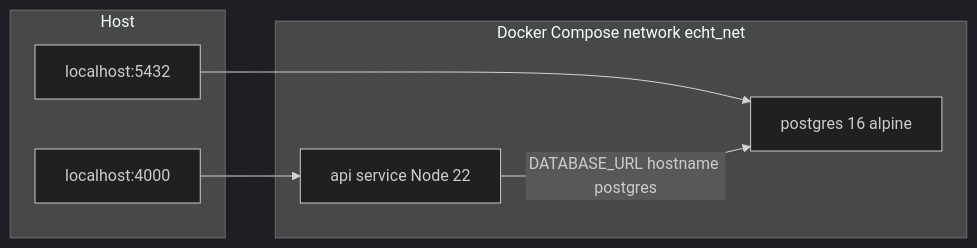
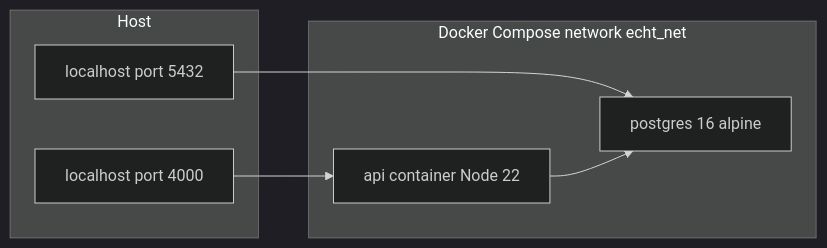
The second of 9 diagrams in README.md (Amamer3/HRMS-backend), drawn with Mermaid (dark theme) before and after one commit. The commit also changed other lines of this file, not shown here.

Commit message:
Refactor README.md for clarity and consistency. Updated flowcharts to use concise labels, improved descriptions of components, and clarified the Docker setup. Enhanced the authentication flow diagram and added notes on token handling. Adjusted terminology for better understanding.

````diff
--- a/README.md
+++ b/README.md
@@ -81,16 +83,16 @@
 ```mermaid
 flowchart LR
   subgraph host["Host"]
-    L4000["localhost:4000"]
-    L5432["localhost:5432"]
+    HostApi["localhost port 4000"]
+    HostPg["localhost port 5432"]
   end
 
   subgraph compose["Docker Compose network echt_net"]
-    API["api service Node 22"]
-    PG["postgres 16 alpine"]
+    ApiCtr["api container Node 22"]
+    PgCtr["postgres 16 alpine"]
   end
 
-  L4000 --> API
-  L5432 --> PG
-  API -->|"DATABASE_URL hostname postgres"| PG
+  HostApi --> ApiCtr
+  HostPg --> PgCtr
+  ApiCtr --> PgCtr
 ```
````
